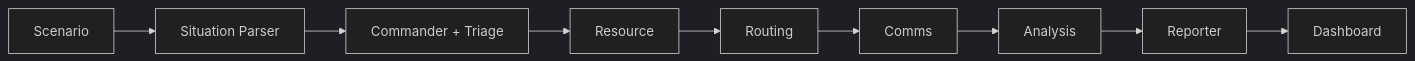
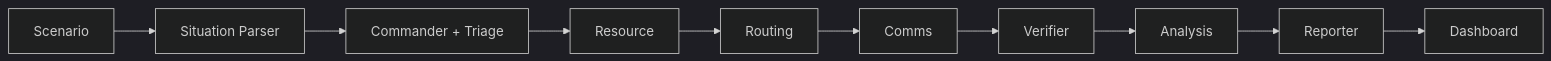
Before and after one commit to pritpatel2412/Mircosoft-crisisswarm: the diagram in README.md, drawn with Mermaid (dark theme). The commit also changed other lines of this file and 13 other files, not shown here.

````diff
--- a/README.md
+++ b/README.md
@@ -20,11 +24,12 @@
 ```mermaid
 flowchart LR
     A[Scenario] --> B[Situation Parser]
     B --> C[Commander + Triage]
     C --> D[Resource]
     D --> E[Routing]
     E --> F[Comms]
-    F --> G[Analysis]
+    F --> V[Verifier]
+    V --> G[Analysis]
     G --> H[Reporter]
     H --> I[Dashboard]
 ```
````
